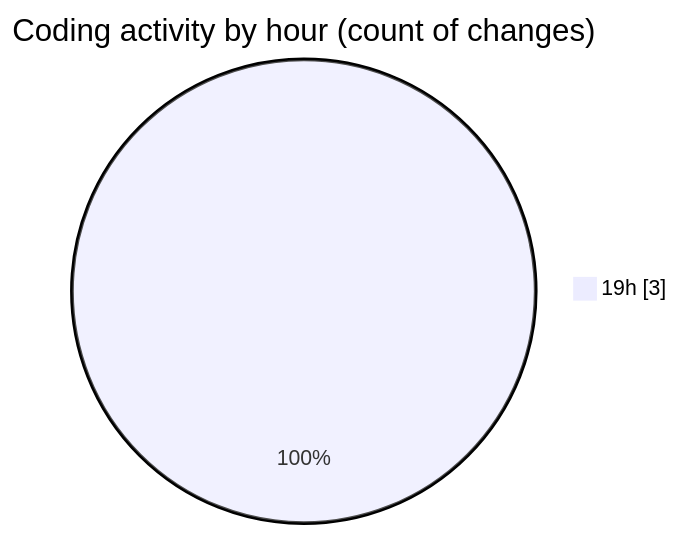
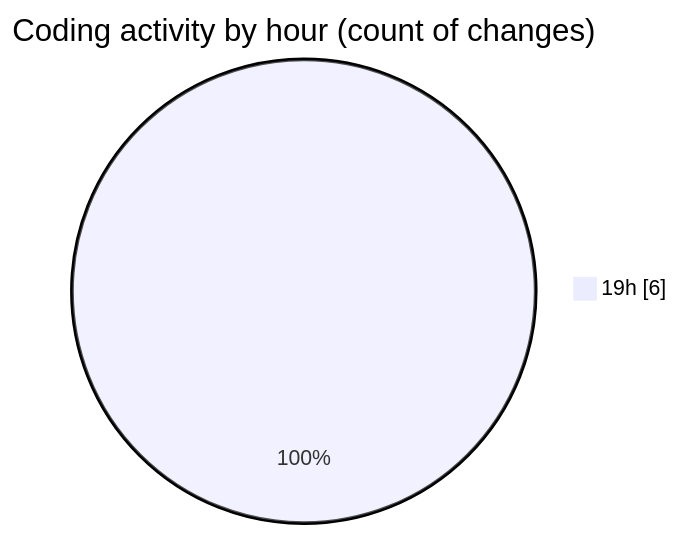
The second of 2 diagrams in 2025-05-26/bookingpodcas/README.md (idhammustaqopulfikri/code-tracking), drawn with Mermaid before and after one commit. The commit also changed other lines of this file and 1 other file, not shown here.

````diff
--- a/2025-05-26/bookingpodcas/README.md
+++ b/2025-05-26/bookingpodcas/README.md
@@ -29,5 +30,5 @@
 ```mermaid
 pie showData
 title Coding activity by hour (count of changes)
-"19h" : 3
+"19h" : 6
 ```
````
